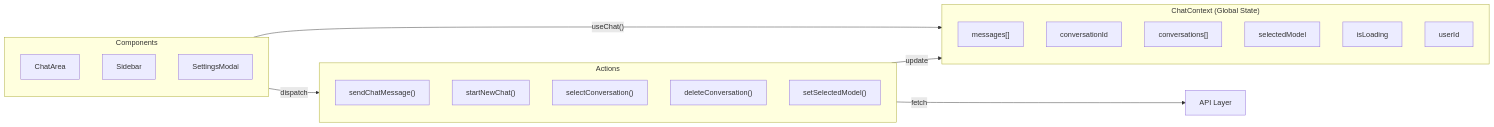
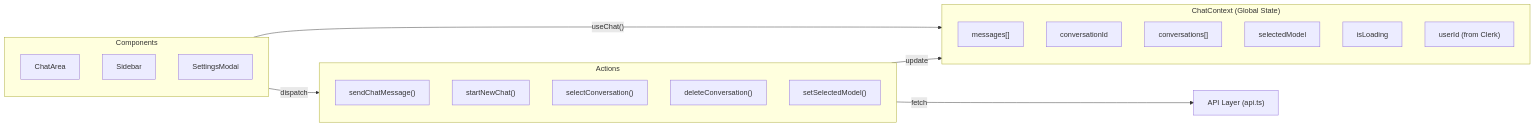
One commit to Aafimalek/t3_chat changed the fifth of 7 diagrams in README.md. Above: the diagram before and after it, drawn with Mermaid. The commit also changed other lines of this file and 1 other file, not shown here.

````diff
--- a/README.md
+++ b/README.md
@@ -363,31 +428,31 @@
 ```mermaid
 flowchart LR
     subgraph ChatContext["ChatContext (Global State)"]
         direction TB
         Messages["messages[]"]
         ConvoId["conversationId"]
         Convos["conversations[]"]
         Model["selectedModel"]
         Loading["isLoading"]
-        UserId["userId"]
+        UserId["userId (from Clerk)"]
     end
 
     subgraph Actions["Actions"]
         SendMsg["sendChatMessage()"]
         NewChat["startNewChat()"]
         SelectConvo["selectConversation()"]
         DeleteConvo["deleteConversation()"]
         SetModel["setSelectedModel()"]
     end
 
     subgraph Components["Components"]
         ChatArea["ChatArea"]
         Sidebar["Sidebar"]
         Settings["SettingsModal"]
     end
 
     Components -->|"useChat()"| ChatContext
     Components -->|"dispatch"| Actions
     Actions -->|"update"| ChatContext
-    Actions -->|"fetch"| API["API Layer"]
+    Actions -->|"fetch"| API["API Layer (api.ts)"]
 ```
````
